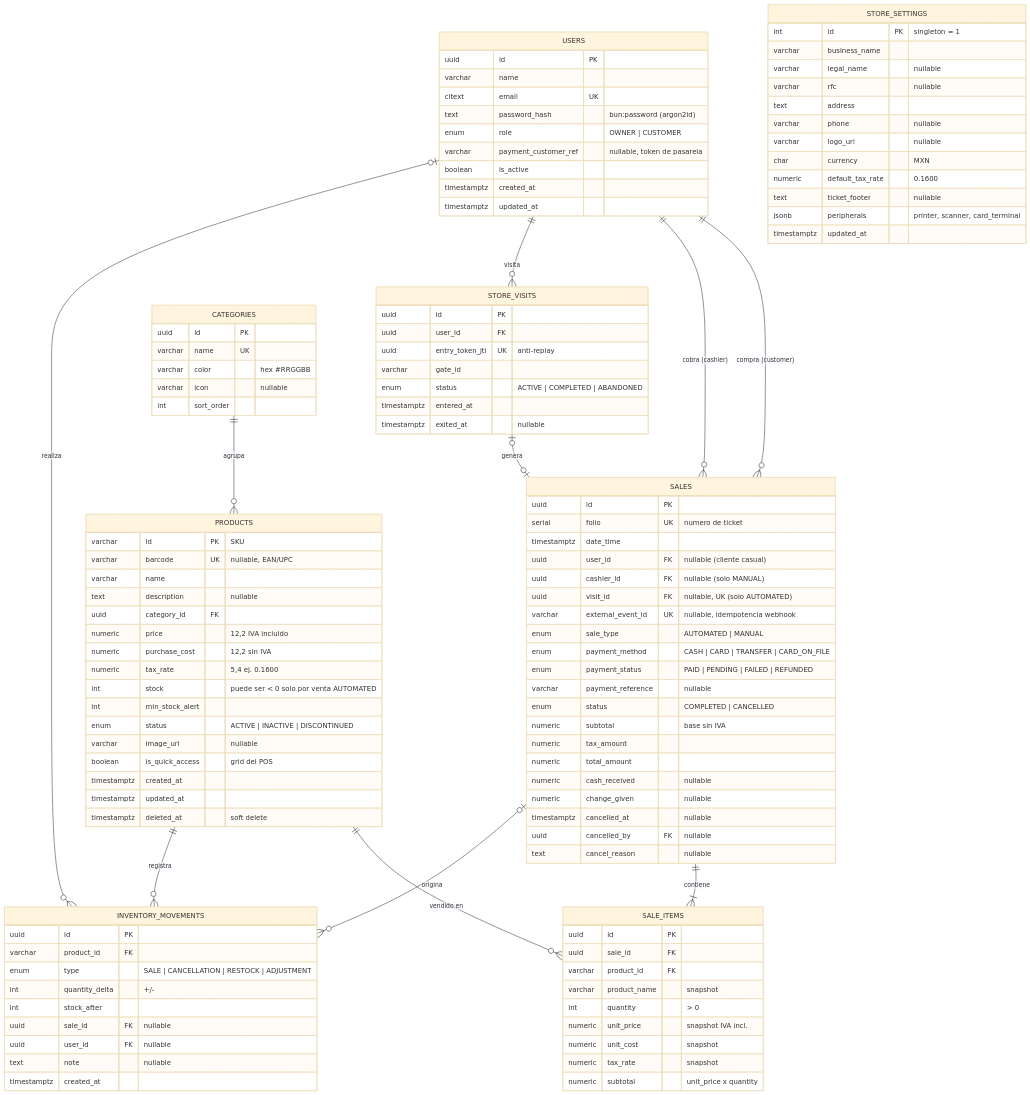
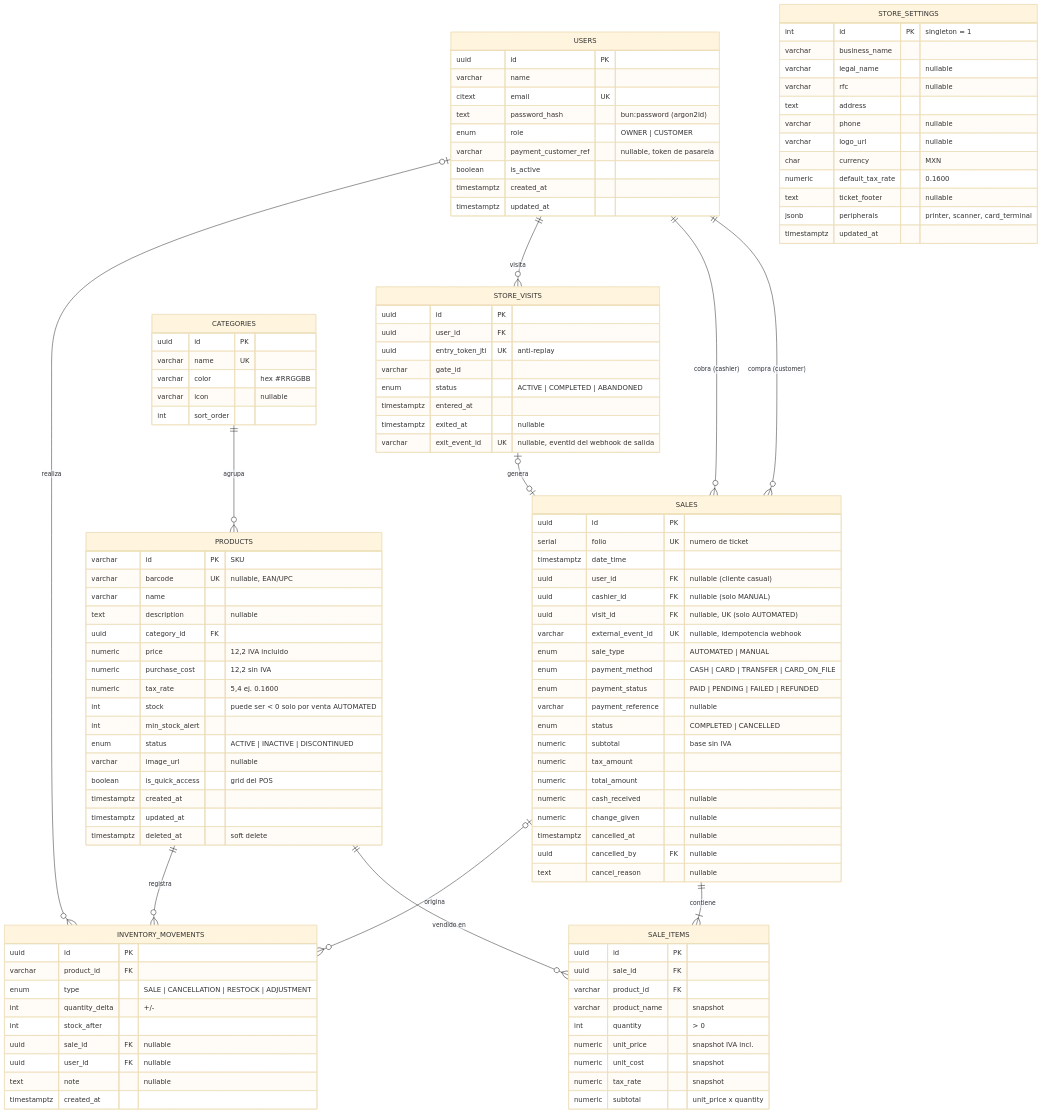
Before and after one commit to Richi-Mi/proyecto-hackathon-meta: the diagram in docs/specs/erd.md, drawn with Mermaid (base theme). The commit also changed other lines of this file and 101 other files, not shown here.

```diff
--- a/docs/specs/erd.md
+++ b/docs/specs/erd.md
@@ -58,6 +58,7 @@
         enum status "ACTIVE | COMPLETED | ABANDONED"
         timestamptz entered_at
         timestamptz exited_at "nullable"
+        varchar exit_event_id UK "nullable, eventId del webhook de salida"
     }
     SALES {
         uuid id PK
```
